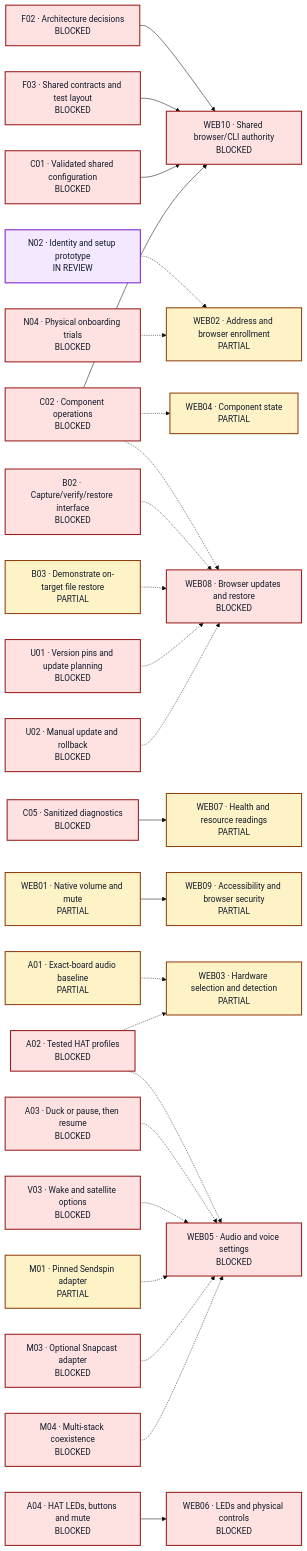
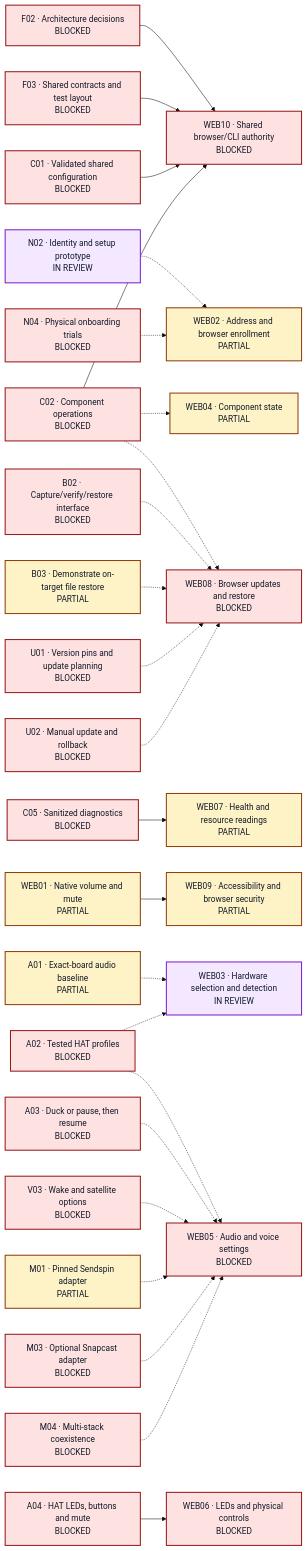
Before and after one commit to Joldiges/debra: the eighth of 17 diagrams in docs/progress.md, drawn with Mermaid (base theme). The commit also changed other lines of this file and 1 other file, not shown here.

Commit message:
docs: record the twelfth browser review

````diff
--- a/docs/progress.md
+++ b/docs/progress.md
@@ -377,61 +377,61 @@
 ```mermaid
 flowchart LR
     F02["F02 · Architecture decisions<br/>BLOCKED"]:::blocked
     F03["F03 · Shared contracts and test layout<br/>BLOCKED"]:::blocked
     N02["N02 · Identity and setup prototype<br/>IN REVIEW"]:::review
     N04["N04 · Physical onboarding trials<br/>BLOCKED"]:::blocked
     C01["C01 · Validated shared configuration<br/>BLOCKED"]:::blocked
     C02["C02 · Component operations<br/>BLOCKED"]:::blocked
     C05["C05 · Sanitized diagnostics<br/>BLOCKED"]:::blocked
     WEB01["WEB01 · Native volume and mute<br/>PARTIAL"]:::partial
     WEB02["WEB02 · Address and browser enrollment<br/>PARTIAL"]:::partial
-    WEB03["WEB03 · Hardware selection and detection<br/>PARTIAL"]:::partial
+    WEB03["WEB03 · Hardware selection and detection<br/>IN REVIEW"]:::review
     WEB04["WEB04 · Component state<br/>PARTIAL"]:::partial
     WEB05["WEB05 · Audio and voice settings<br/>BLOCKED"]:::blocked
     WEB06["WEB06 · LEDs and physical controls<br/>BLOCKED"]:::blocked
     WEB07["WEB07 · Health and resource readings<br/>PARTIAL"]:::partial
     WEB08["WEB08 · Browser updates and restore<br/>BLOCKED"]:::blocked
     WEB09["WEB09 · Accessibility and browser security<br/>PARTIAL"]:::partial
     WEB10["WEB10 · Shared browser/CLI authority<br/>BLOCKED"]:::blocked
     A01["A01 · Exact-board audio baseline<br/>PARTIAL"]:::partial
     A02["A02 · Tested HAT profiles<br/>BLOCKED"]:::blocked
     A03["A03 · Duck or pause, then resume<br/>BLOCKED"]:::blocked
     A04["A04 · HAT LEDs, buttons and mute<br/>BLOCKED"]:::blocked
     V03["V03 · Wake and satellite options<br/>BLOCKED"]:::blocked
     M01["M01 · Pinned Sendspin adapter<br/>PARTIAL"]:::partial
     M03["M03 · Optional Snapcast adapter<br/>BLOCKED"]:::blocked
     M04["M04 · Multi-stack coexistence<br/>BLOCKED"]:::blocked
     B02["B02 · Capture/verify/restore interface<br/>BLOCKED"]:::blocked
     B03["B03 · Demonstrate on-target file restore<br/>PARTIAL"]:::partial
     U01["U01 · Version pins and update planning<br/>BLOCKED"]:::blocked
     U02["U02 · Manual update and rollback<br/>BLOCKED"]:::blocked
     N02 -.-> WEB02
     N04 -.-> WEB02
     A01 -.-> WEB03
     A02 -.-> WEB03
     C02 -.-> WEB04
     A02 -.-> WEB05
     A03 -.-> WEB05
     V03 -.-> WEB05
     M01 -.-> WEB05
     M03 -.-> WEB05
     M04 -.-> WEB05
     A04 --> WEB06
     C05 --> WEB07
     C02 -.-> WEB08
     B02 -.-> WEB08
     B03 -.-> WEB08
     U01 -.-> WEB08
     U02 -.-> WEB08
     WEB01 --> WEB09
     F02 --> WEB10
     F03 --> WEB10
     C01 --> WEB10
     C02 --> WEB10
     classDef finished fill:#dcfce7,stroke:#166534,color:#111827,stroke-width:2px;
     classDef running fill:#dbeafe,stroke:#1e40af,color:#111827,stroke-width:2px;
     classDef review fill:#f3e8ff,stroke:#7e22ce,color:#111827,stroke-width:2px;
     classDef partial fill:#fef3c7,stroke:#92400e,color:#111827,stroke-width:2px;
     classDef blocked fill:#fee2e2,stroke:#991b1b,color:#111827,stroke-width:2px;
     classDef untouched fill:#f1f5f9,stroke:#475569,color:#111827,stroke-width:2px;
 ```
````
